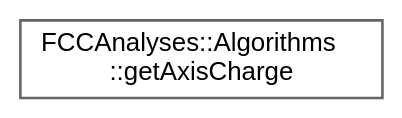
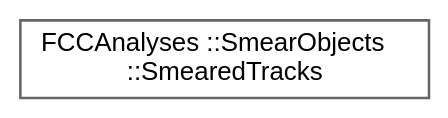
The diagram in doc/latest/inherit_graph_28.dot (HEP-FCC/FCCAnalyses), drawn with Graphviz before and after one commit. The commit also changed 173 other files, not shown here.

```diff
--- a/doc/latest/inherit_graph_28.dot
+++ b/doc/latest/inherit_graph_28.dot
@@ -1,9 +1,9 @@
 digraph "Graphical Class Hierarchy"
 {
  // LATEX_PDF_SIZE
   bgcolor="transparent";
   edge [fontname=Helvetica,fontsize=10,labelfontname=Helvetica,labelfontsize=10];
   node [fontname=Helvetica,fontsize=10,shape=box,height=0.2,width=0.4];
   rankdir="LR";
-  Node0 [id="Node000000",label="FCCAnalyses::Algorithms\l::getAxisCharge",height=0.2,width=0.4,color="grey40", fillcolor="white", style="filled",URL="$structFCCAnalyses_1_1Algorithms_1_1getAxisCharge.html",tooltip="Get the weighted charge in a given hemisphere (defined by it's angle wrt to axis)...."];
+  Node0 [id="Node000000",label="FCCAnalyses ::SmearObjects\l::SmearedTracks",height=0.2,width=0.4,color="grey40", fillcolor="white", style="filled",URL="$structFCCAnalyses_01_1_1SmearObjects_1_1SmearedTracks.html",tooltip="generates new track states, by rescaling the covariance matrix of the tracks"];
 }
```
